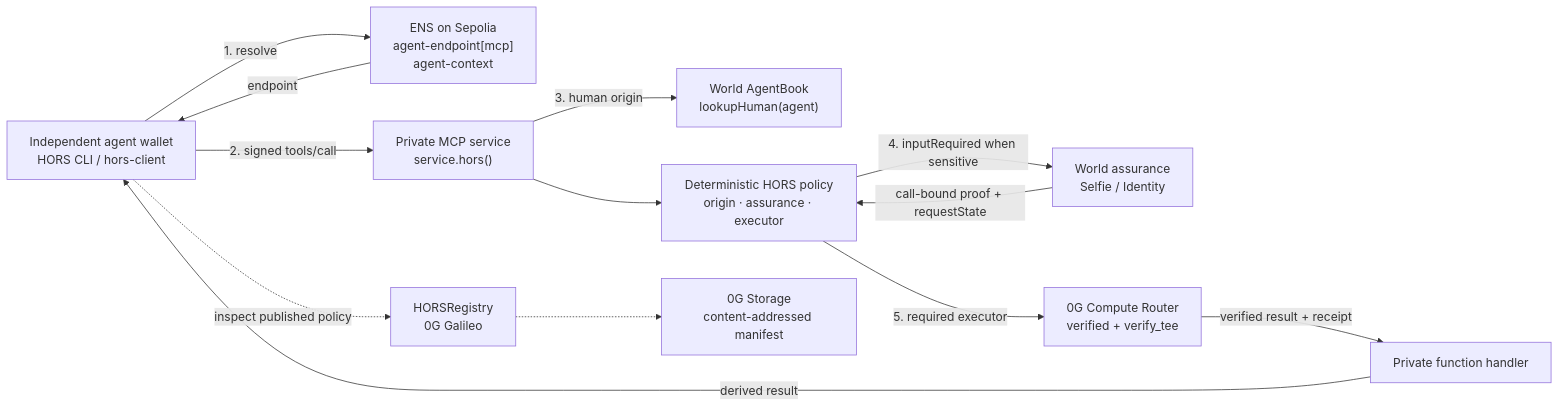
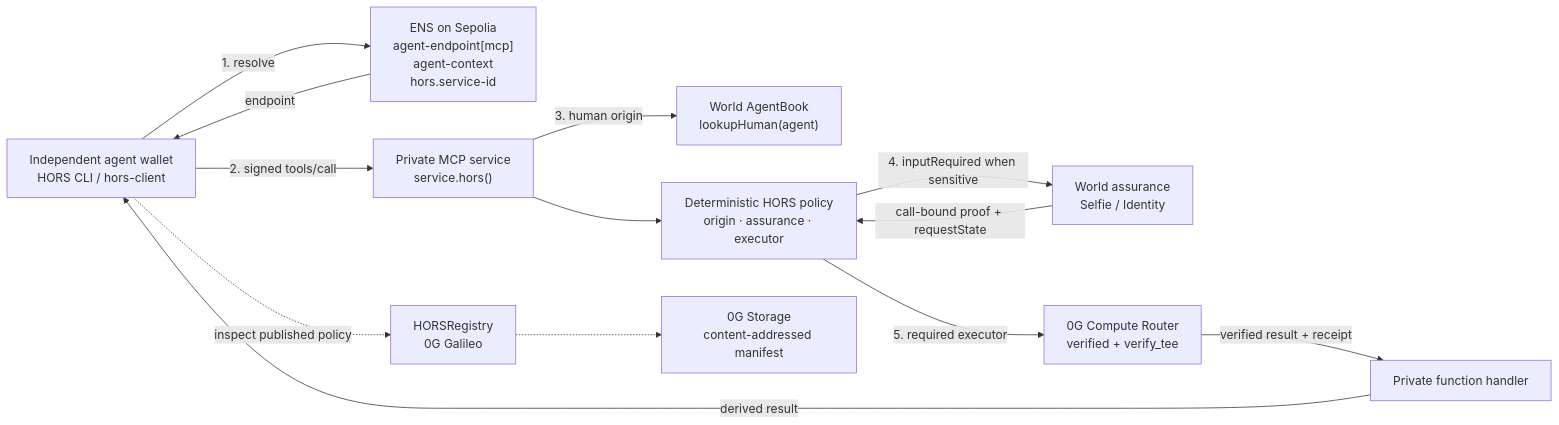
The second of 2 diagrams in README.md (cqlyj/HORS), drawn with Mermaid before and after one commit. The commit also changed other lines of this file and 15 other files, not shown here.

First line of the commit message:
Enhance HORS service discovery and validation process

````diff
--- a/README.md
+++ b/README.md
@@ -187,26 +188,26 @@
 ```mermaid
 flowchart LR
     Agent["Independent agent wallet<br/>HORS CLI / hors-client"]
-    ENS["ENS on Sepolia<br/>agent-endpoint[mcp]<br/>agent-context"]
+    ENS["ENS on Sepolia<br/>agent-endpoint[mcp]<br/>agent-context<br/>hors.service-id"]
     MCP["Private MCP service<br/>service.hors()"]
     Book["World AgentBook<br/>lookupHuman(agent)"]
     World["World assurance<br/>Selfie / Identity"]
     Policy["Deterministic HORS policy<br/>origin · assurance · executor"]
     Compute["0G Compute Router<br/>verified + verify_tee"]
     Handler["Private function handler"]
     Registry["HORSRegistry<br/>0G Galileo"]
     Storage["0G Storage<br/>content-addressed manifest"]
 
     Agent -->|"1. resolve"| ENS
     ENS -->|"endpoint"| Agent
     Agent -->|"2. signed tools/call"| MCP
     MCP -->|"3. human origin"| Book
     MCP --> Policy
     Policy -->|"4. inputRequired when sensitive"| World
     World -->|"call-bound proof + requestState"| Policy
     Policy -->|"5. required executor"| Compute
     Compute -->|"verified result + receipt"| Handler
     Handler -->|"derived result"| Agent
     Agent -.->|"inspect published policy"| Registry
     Registry -.-> Storage
 ```
````
